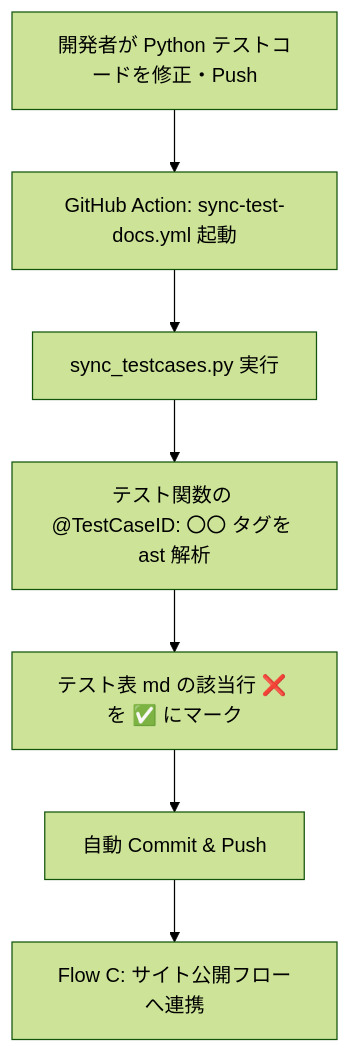
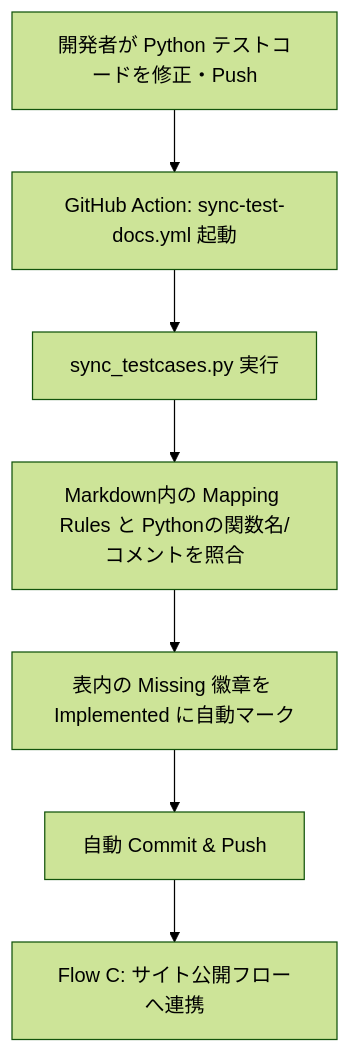
One commit to gaocuiping/kugelpos-stpos-docs-new changed the second of 2 diagrams in docs/document-management.md. Above: the diagram before and after it, drawn with Mermaid (forest theme). The commit also changed other lines of this file, not shown here.

````diff
--- a/docs/document-management.md
+++ b/docs/document-management.md
@@ -62,9 +62,9 @@
 ```mermaid
 graph TD;
     A[開発者が Python テストコードを修正・Push] --> B[GitHub Action: sync-test-docs.yml 起動]
     B --> C[sync_testcases.py 実行]
-    C --> D[テスト関数の @TestCaseID: 〇〇 タグを ast 解析]
-    D --> E[テスト表 md の該当行 ❌ を ✅ にマーク]
+    C --> D[Markdown内の Mapping Rules と Pythonの関数名/コメントを照合]
+    D --> E[表内の Missing 徽章を Implemented に自動マーク]
     E --> F[自動 Commit & Push]
     F --> G[Flow C: サイト公開フローへ連携]
 ```
````
